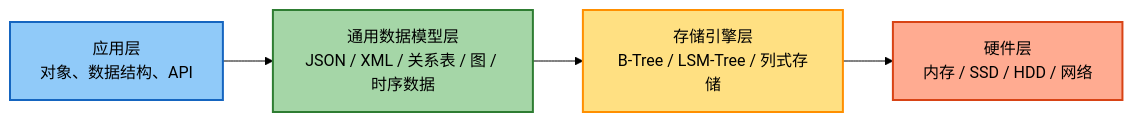
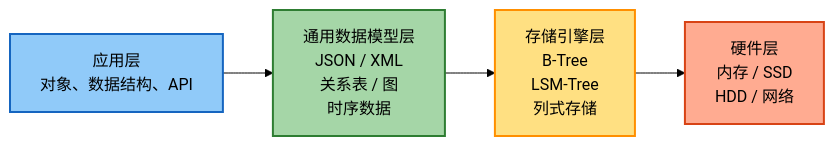
One commit to HenryThomas9587/henry.github.io changed the second of 11 diagrams in docs/notes/ddia/part1-foundations/chapter-03.md. Above: the diagram before and after it, drawn with Mermaid (forest theme). The commit also changed other lines of this file and 11 other files, not shown here.

First line of the commit message:
fix(ddia): 修复 VuePress 构建错误和 mermaid 图表文字截断问题

````diff
--- a/docs/notes/ddia/part1-foundations/chapter-03.md
+++ b/docs/notes/ddia/part1-foundations/chapter-03.md
@@ -81,14 +83,14 @@
 ```mermaid
 graph LR
     A["应用层<br/>对象、数据结构、API"]
-    B["通用数据模型层<br/>JSON / XML / 关系表 / 图 / 时序数据"]
-    C["存储引擎层<br/>B-Tree / LSM-Tree / 列式存储"]
-    D["硬件层<br/>内存 / SSD / HDD / 网络"]
+    B["通用数据模型层<br/>JSON / XML<br/>关系表 / 图<br/>时序数据"]
+    C["存储引擎层<br/>B-Tree<br/>LSM-Tree<br/>列式存储"]
+    D["硬件层<br/>内存 / SSD<br/>HDD / 网络"]
 
     A --> B --> C --> D
 
     style A fill:#90CAF9,stroke:#1565C0,stroke-width:2px
     style B fill:#A5D6A7,stroke:#2E7D32,stroke-width:2px
     style C fill:#FFE082,stroke:#FF8F00,stroke-width:2px
     style D fill:#FFAB91,stroke:#D84315,stroke-width:2px
 ```
````
